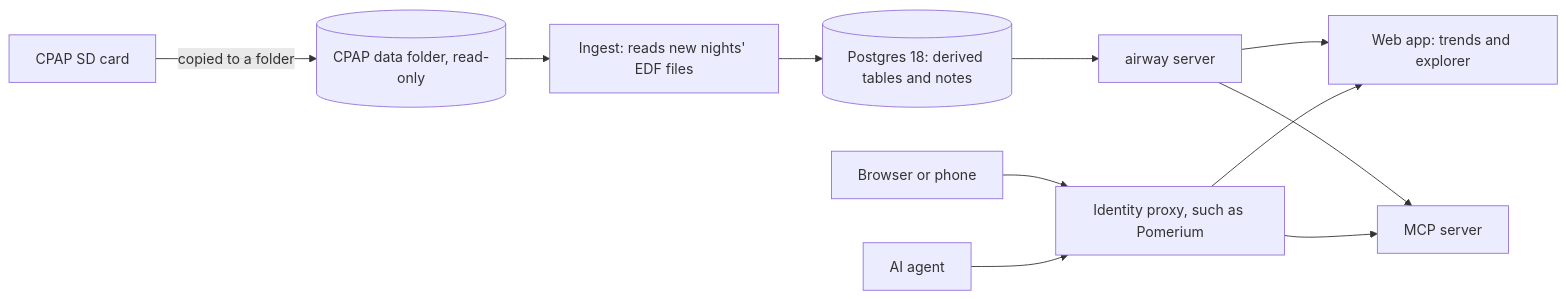
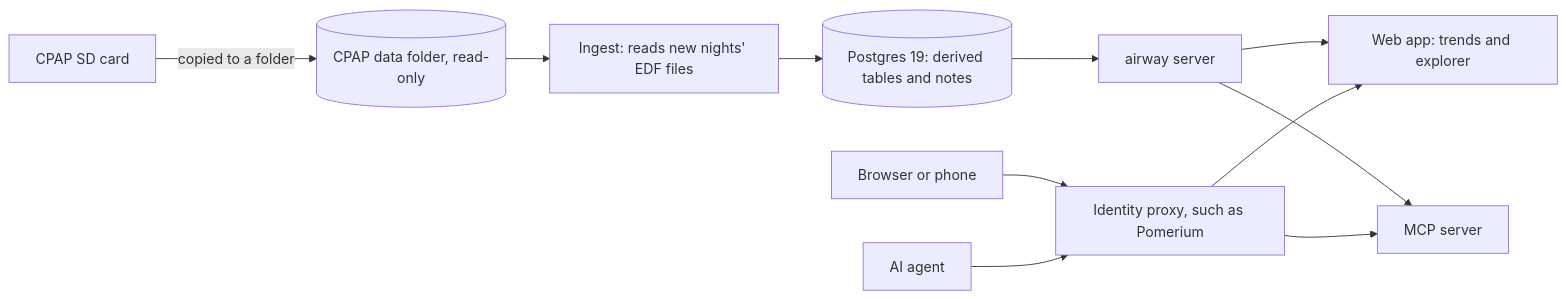
One commit to bojanrajkovic/airway changed the diagram in README.md. Above: the diagram before and after it, drawn with Mermaid. The commit also changed 4 other files, not shown here.

````diff
--- a/README.md
+++ b/README.md
@@ -15,13 +15,13 @@
 ```mermaid
 flowchart LR
   card[CPAP SD card] -->|copied to a folder| data[(CPAP data folder, read-only)]
   data --> ingest[Ingest: reads new nights' EDF files]
-  ingest --> pg[(Postgres 18: derived tables and notes)]
+  ingest --> pg[(Postgres 19: derived tables and notes)]
   pg --> server[airway server]
   server --> web[Web app: trends and explorer]
   server --> mcp[MCP server]
   browser[Browser or phone] --> proxy[Identity proxy, such as Pomerium]
   agent[AI agent] --> proxy
   proxy --> web
   proxy --> mcp
 ```
````
